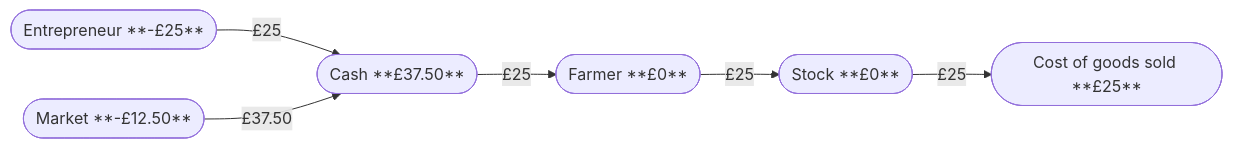
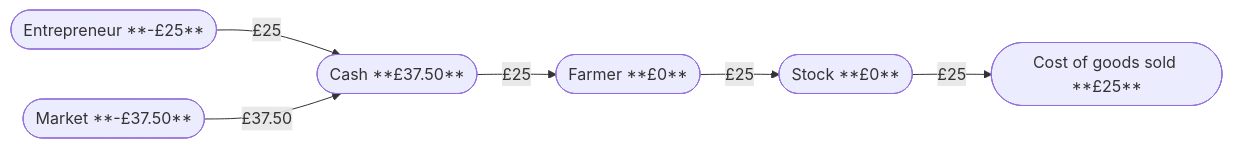
One commit to drummonds/bytestoneblog changed diagram 16 of 18 in content/posts/Accounting for programmers/Movements/_index.md. Above: the diagram before and after it, drawn with Mermaid. The commit also changed other lines of this file and 10 other files, not shown here.

```diff
--- a/content/posts/Accounting for programmers/Movements/_index.md
+++ b/content/posts/Accounting for programmers/Movements/_index.md
@@ -236,15 +313,15 @@
 {{< mermaid >}}
 flowchart LR
    E([Entrepreneur **-£25**])
    C([Cash **£37.50**])
    F([Farmer **£0**])
-   M([Market **-£12.50**])
+   M([Market **-£37.50**])
    S([Stock **£0**])
    CG([Cost of goods sold **£25**])
    E -- £25 --> C
    C -- £25 --> F
    M -- £37.50 --> C
 
    F -- £25 --> S
    S -- £25 --> CG
 {{< /mermaid >}}
```
